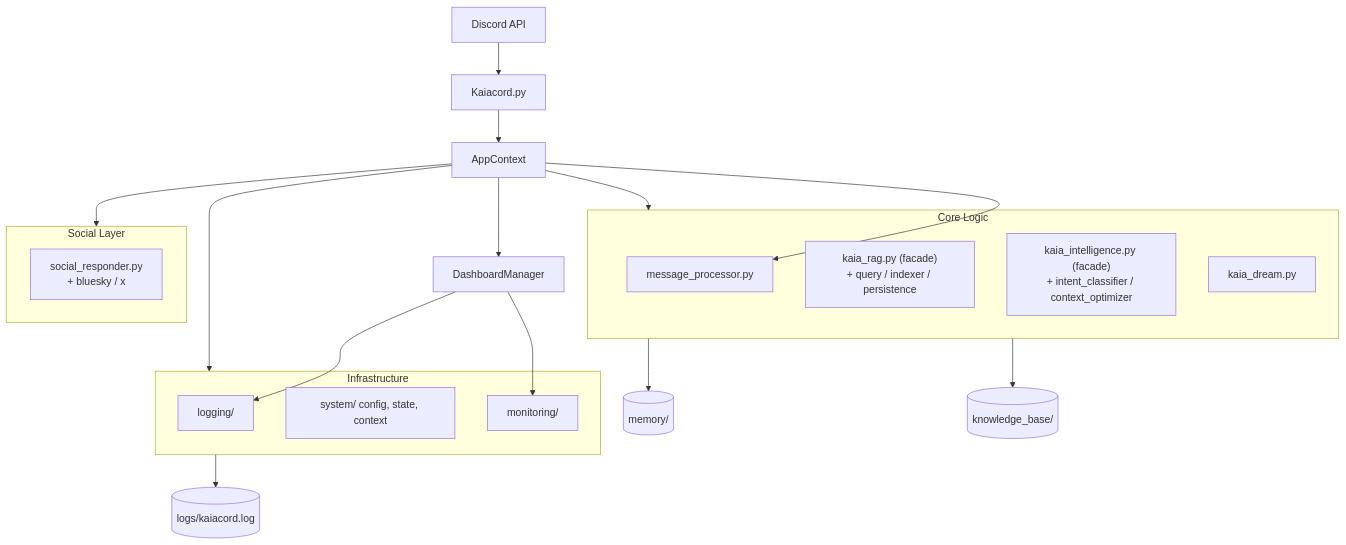
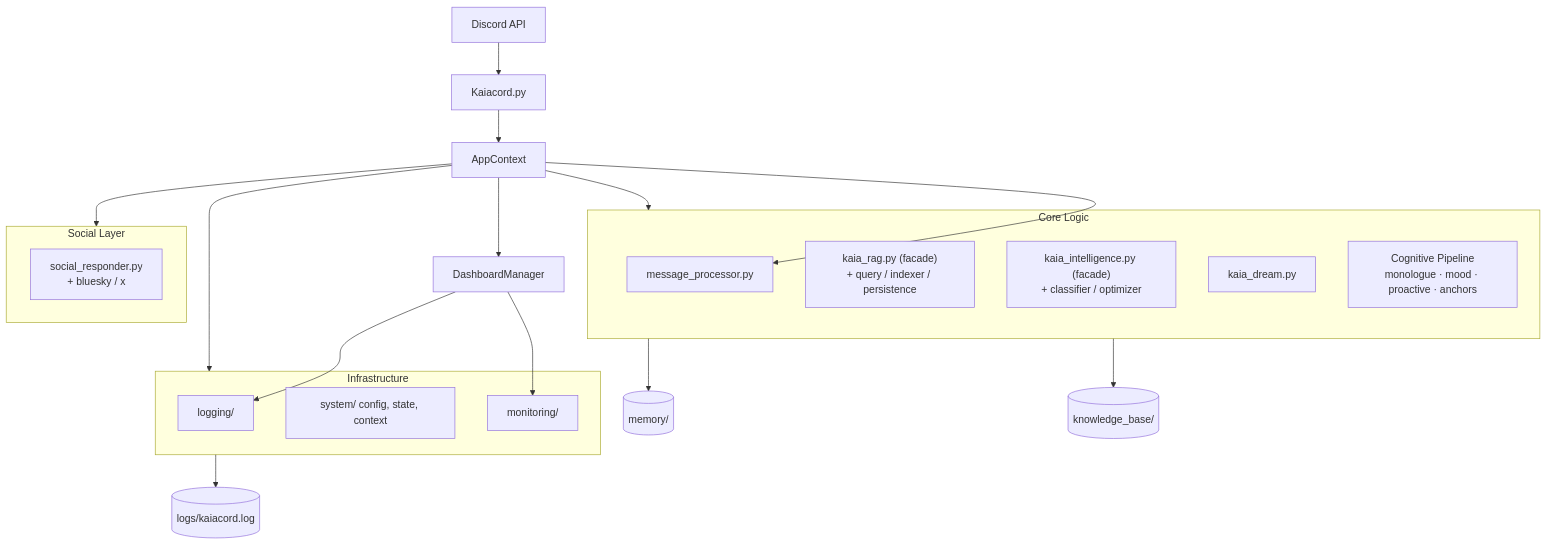
Before and after one commit to Ekco-S64QTN6/Kaiacord: the first of 2 diagrams in docs/03-architecture/overview.md, drawn with Mermaid. The commit also changed other lines of this file and 12 other files, not shown here.

````diff
--- a/docs/03-architecture/overview.md
+++ b/docs/03-architecture/overview.md
@@ -9,34 +9,35 @@
 ```mermaid
 graph TB
     Discord[Discord API] --> Kaiacord[Kaiacord.py]
     Kaiacord --> Ctx[AppContext]
     Ctx --> DM[DashboardManager]
     Ctx --> MP[MessageProcessor]
     
     subgraph CL ["Core Logic"]
         RAG["kaia_rag.py (facade)\n+ query / indexer / persistence"]
-        Intel["kaia_intelligence.py (facade)\n+ intent_classifier / context_optimizer"]
+        Intel["kaia_intelligence.py (facade)\n+ classifier / optimizer"]
         Dream[kaia_dream.py]
         MP[message_processor.py]
+        COG["Cognitive Pipeline\nmonologue · mood · proactive · anchors"]
     end
 
     subgraph SOC ["Social Layer"]
         Social["social_responder.py\n+ bluesky / x"]
     end
     
     subgraph INF ["Infrastructure"]
         Logging["logging/"]
         System["system/ config, state, context"]
         Monitoring["monitoring/"]
     end
     
     Ctx --> CL
     Ctx --> INF
     Ctx --> SOC
     DM --> Logging
     DM --> Monitoring
     
     INF --> Logs[(logs/kaiacord.log)]
     CL --> Memory[(memory/)]
     CL --> KB[(knowledge_base/)]
 ```
````
